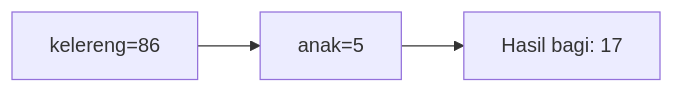
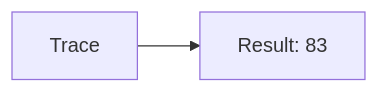
Diagram 15 of 25 in part-c-pemahaman-cpp/01-tipe-data/latihan/set-01.md (amnahwaida/OSNK_INF_PREP), drawn with Mermaid before and after one commit. The commit also changed other lines of this file and 71 other files, not shown here.

````diff
--- a/part-c-pemahaman-cpp/01-tipe-data/latihan/set-01.md
+++ b/part-c-pemahaman-cpp/01-tipe-data/latihan/set-01.md
@@ -422,5 +316,4 @@
 ```mermaid
 graph LR
-A["kelereng=86"] --> B["anak=5"]
-B --> C["Hasil bagi: 17"]
+A[Trace] --> B[Result: 83]
 ```
````
